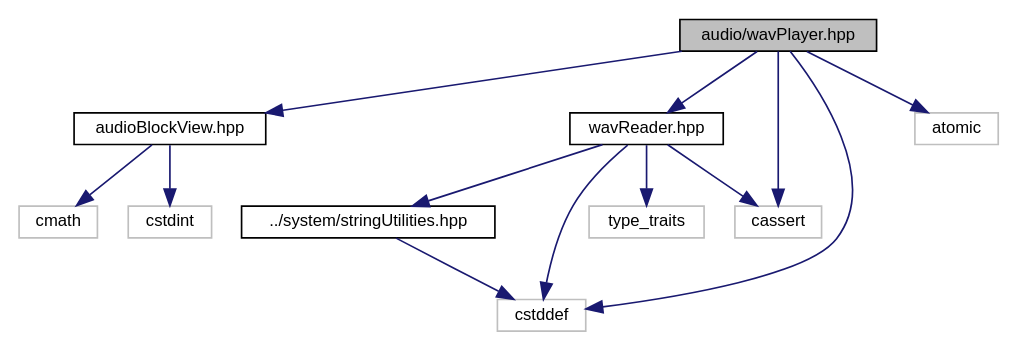
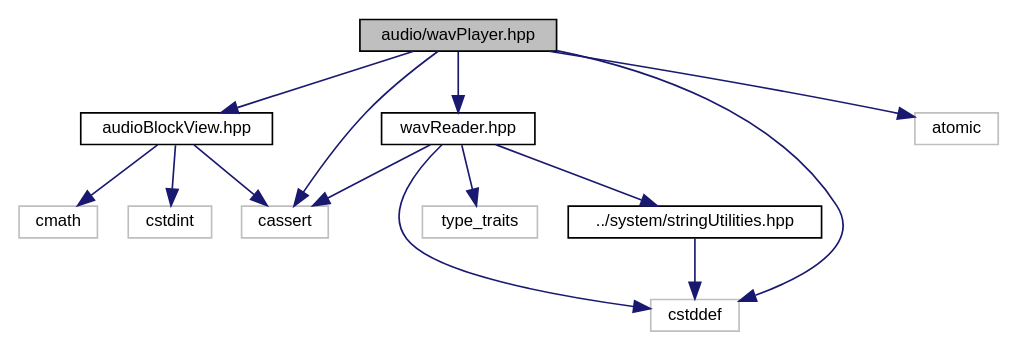
Before and after one commit to AkiyukiOkayasu/ame: the diagram in docs/wav_player_8hpp__incl.dot, drawn with Graphviz. The commit also changed 87 other files, not shown here.

```diff
--- a/docs/wav_player_8hpp__incl.dot
+++ b/docs/wav_player_8hpp__incl.dot
@@ -1,28 +1,29 @@
 digraph "audio/wavPlayer.hpp"
 {
  // LATEX_PDF_SIZE
   edge [fontname="Helvetica",fontsize="10",labelfontname="Helvetica",labelfontsize="10"];
   node [fontname="Helvetica",fontsize="10",shape=record];
   Node1 [label="audio/wavPlayer.hpp",height=0.2,width=0.4,color="black", fillcolor="grey75", style="filled", fontcolor="black",tooltip="Wav player."];
   Node1 -> Node2 [color="midnightblue",fontsize="10",style="solid",fontname="Helvetica"];
   Node2 [label="audioBlockView.hpp",height=0.2,width=0.4,color="black", fillcolor="white", style="filled",URL="$audio_block_view_8hpp.html",tooltip="Audio Block View."];
   Node2 -> Node3 [color="midnightblue",fontsize="10",style="solid",fontname="Helvetica"];
-  Node3 [label="cmath",height=0.2,width=0.4,color="grey75", fillcolor="white", style="filled",tooltip=" "];
+  Node3 [label="cassert",height=0.2,width=0.4,color="grey75", fillcolor="white", style="filled",tooltip=" "];
   Node2 -> Node4 [color="midnightblue",fontsize="10",style="solid",fontname="Helvetica"];
-  Node4 [label="cstdint",height=0.2,width=0.4,color="grey75", fillcolor="white", style="filled",tooltip=" "];
-  Node1 -> Node5 [color="midnightblue",fontsize="10",style="solid",fontname="Helvetica"];
-  Node5 [label="wavReader.hpp",height=0.2,width=0.4,color="black", fillcolor="white", style="filled",URL="$wav_reader_8hpp.html",tooltip="Wav reader."];
-  Node5 -> Node6 [color="midnightblue",fontsize="10",style="solid",fontname="Helvetica"];
-  Node6 [label="../system/stringUtilities.hpp",height=0.2,width=0.4,color="black", fillcolor="white", style="filled",URL="$string_utilities_8hpp.html",tooltip="String utilities."];
+  Node4 [label="cmath",height=0.2,width=0.4,color="grey75", fillcolor="white", style="filled",tooltip=" "];
+  Node2 -> Node5 [color="midnightblue",fontsize="10",style="solid",fontname="Helvetica"];
+  Node5 [label="cstdint",height=0.2,width=0.4,color="grey75", fillcolor="white", style="filled",tooltip=" "];
+  Node1 -> Node6 [color="midnightblue",fontsize="10",style="solid",fontname="Helvetica"];
+  Node6 [label="wavReader.hpp",height=0.2,width=0.4,color="black", fillcolor="white", style="filled",URL="$wav_reader_8hpp.html",tooltip="Wav reader."];
   Node6 -> Node7 [color="midnightblue",fontsize="10",style="solid",fontname="Helvetica"];
-  Node7 [label="cstddef",height=0.2,width=0.4,color="grey75", fillcolor="white", style="filled",tooltip=" "];
-  Node5 -> Node8 [color="midnightblue",fontsize="10",style="solid",fontname="Helvetica"];
-  Node8 [label="cassert",height=0.2,width=0.4,color="grey75", fillcolor="white", style="filled",tooltip=" "];
-  Node5 -> Node7 [color="midnightblue",fontsize="10",style="solid",fontname="Helvetica"];
-  Node5 -> Node9 [color="midnightblue",fontsize="10",style="solid",fontname="Helvetica"];
+  Node7 [label="../system/stringUtilities.hpp",height=0.2,width=0.4,color="black", fillcolor="white", style="filled",URL="$string_utilities_8hpp.html",tooltip="String utilities."];
+  Node7 -> Node8 [color="midnightblue",fontsize="10",style="solid",fontname="Helvetica"];
+  Node8 [label="cstddef",height=0.2,width=0.4,color="grey75", fillcolor="white", style="filled",tooltip=" "];
+  Node6 -> Node3 [color="midnightblue",fontsize="10",style="solid",fontname="Helvetica"];
+  Node6 -> Node8 [color="midnightblue",fontsize="10",style="solid",fontname="Helvetica"];
+  Node6 -> Node9 [color="midnightblue",fontsize="10",style="solid",fontname="Helvetica"];
   Node9 [label="type_traits",height=0.2,width=0.4,color="grey75", fillcolor="white", style="filled",tooltip=" "];
   Node1 -> Node10 [color="midnightblue",fontsize="10",style="solid",fontname="Helvetica"];
   Node10 [label="atomic",height=0.2,width=0.4,color="grey75", fillcolor="white", style="filled",tooltip=" "];
+  Node1 -> Node3 [color="midnightblue",fontsize="10",style="solid",fontname="Helvetica"];
   Node1 -> Node8 [color="midnightblue",fontsize="10",style="solid",fontname="Helvetica"];
-  Node1 -> Node7 [color="midnightblue",fontsize="10",style="solid",fontname="Helvetica"];
 }
```
